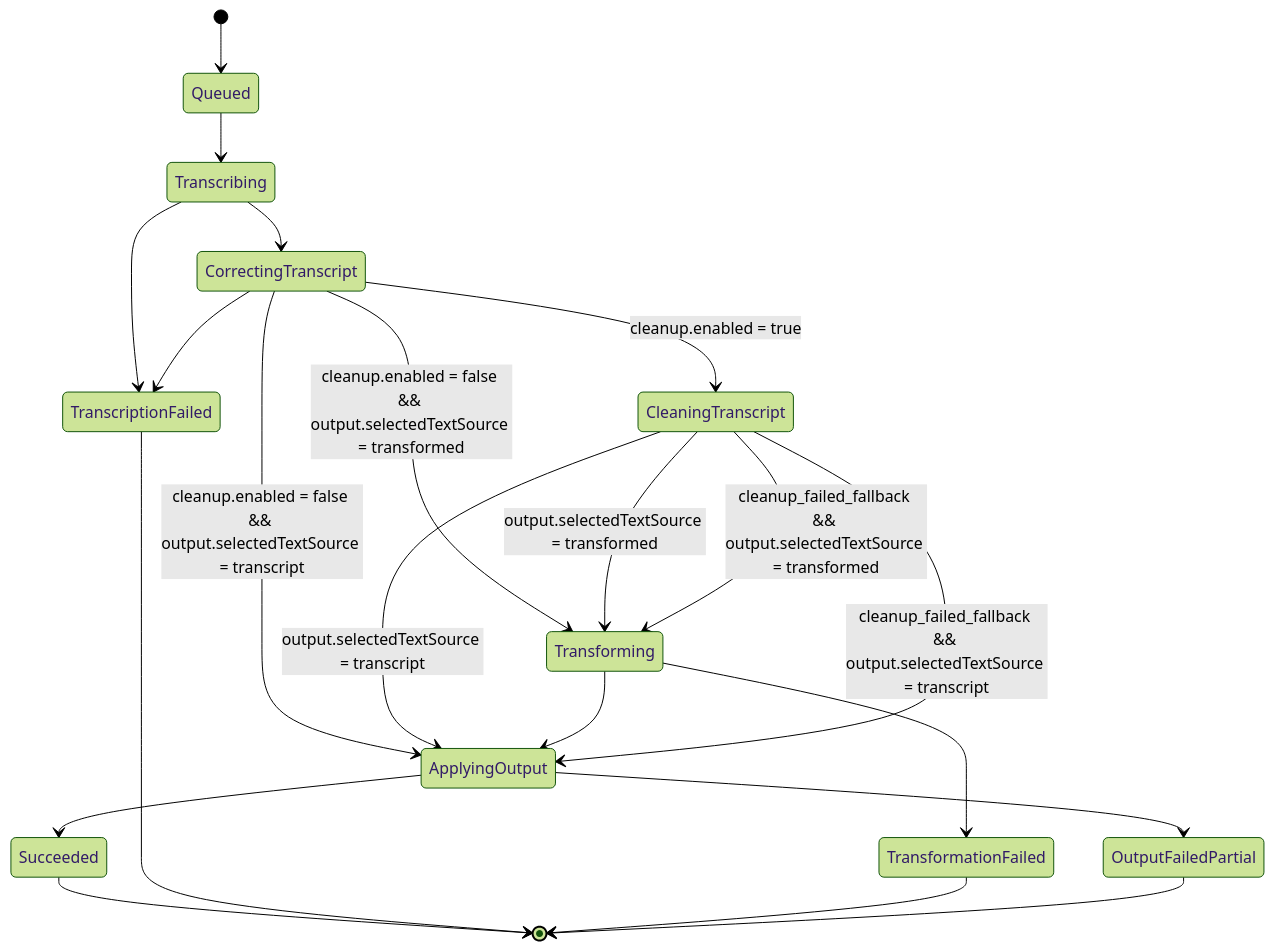
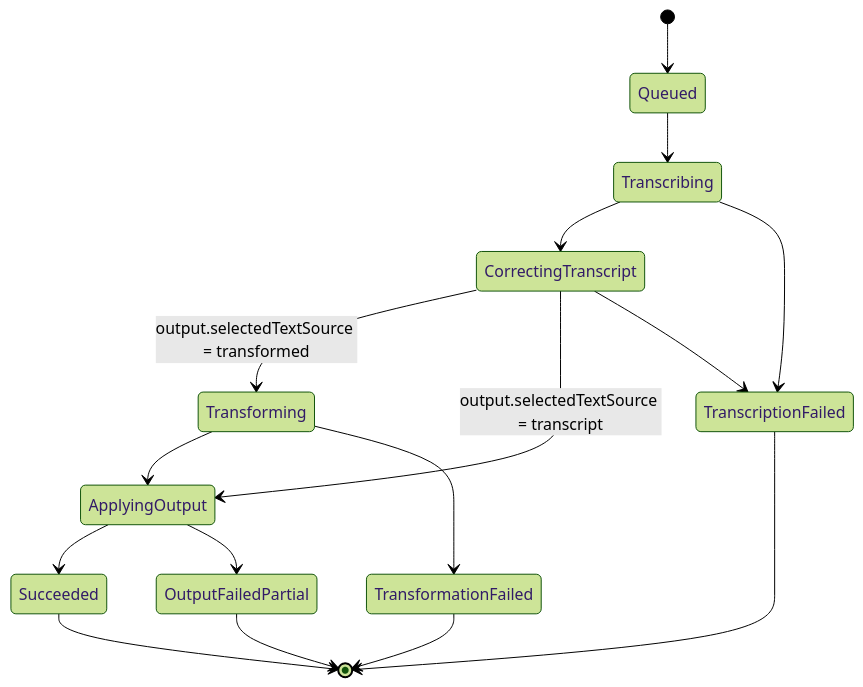
Before and after one commit to massun-onibakuchi/speech-to-text-app: the fourth of 8 diagrams in specs/spec.md, drawn with Mermaid (forest theme). The commit also changed other lines of this file and 32 other files, not shown here.

````diff
--- a/specs/spec.md
+++ b/specs/spec.md
@@ -696,23 +682,18 @@
 ```mermaid
 stateDiagram-v2
   [*] --> Queued
   Queued --> Transcribing
   Transcribing --> CorrectingTranscript
-  CorrectingTranscript --> CleaningTranscript: cleanup.enabled = true
-  CorrectingTranscript --> Transforming: cleanup.enabled = false && output.selectedTextSource = transformed
-  CorrectingTranscript --> ApplyingOutput: cleanup.enabled = false && output.selectedTextSource = transcript
-  CleaningTranscript --> Transforming: output.selectedTextSource = transformed
-  CleaningTranscript --> ApplyingOutput: output.selectedTextSource = transcript
+  CorrectingTranscript --> Transforming: output.selectedTextSource = transformed
+  CorrectingTranscript --> ApplyingOutput: output.selectedTextSource = transcript
   Transforming --> ApplyingOutput
   ApplyingOutput --> Succeeded
   Transcribing --> TranscriptionFailed
   CorrectingTranscript --> TranscriptionFailed
-  CleaningTranscript --> Transforming: cleanup_failed_fallback && output.selectedTextSource = transformed
-  CleaningTranscript --> ApplyingOutput: cleanup_failed_fallback && output.selectedTextSource = transcript
   Transforming --> TransformationFailed
   ApplyingOutput --> OutputFailedPartial
   Succeeded --> [*]
   TranscriptionFailed --> [*]
   TransformationFailed --> [*]
   OutputFailedPartial --> [*]
 ```
````
